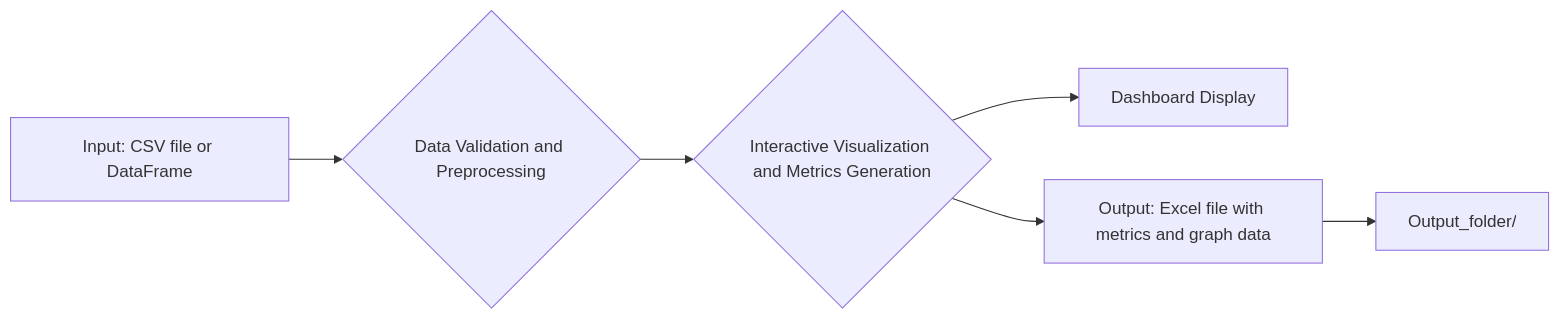
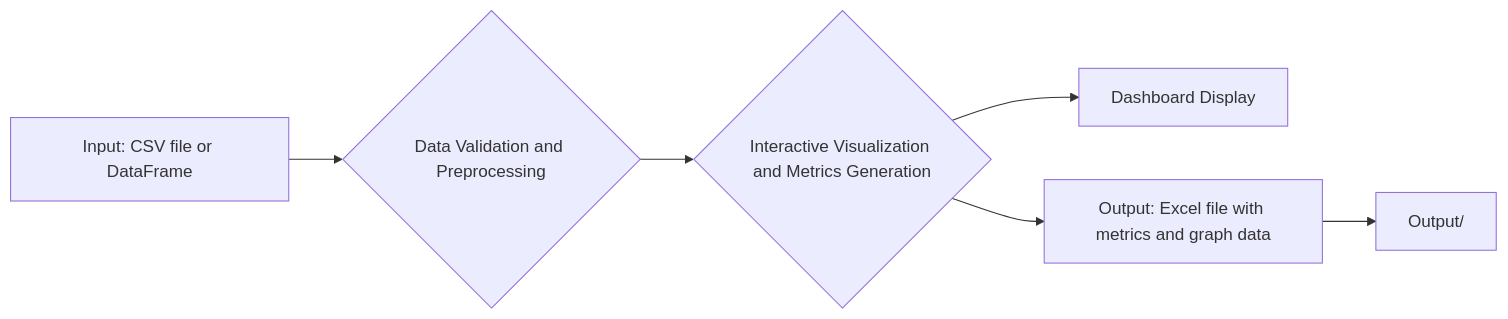
The first of 2 diagrams in README.md (ammtjm/Trade_Simulation_DashBoard), drawn with Mermaid before and after one commit. The commit also changed other lines of this file and 1 other file, not shown here.

Commit message:
docs: update output directory naming

````diff
--- a/README.md
+++ b/README.md
@@ -116,8 +116,8 @@
 ```mermaid
 graph LR
     A[Input: CSV file or DataFrame] --> B{Data Validation and Preprocessing}
     B --> C{Interactive Visualization and Metrics Generation}
     C --> D[Dashboard Display]
     C --> E[Output: Excel file with metrics and graph data]
-    E --> F[Output_folder/]
+    E --> F[Output/]
 ```
````
